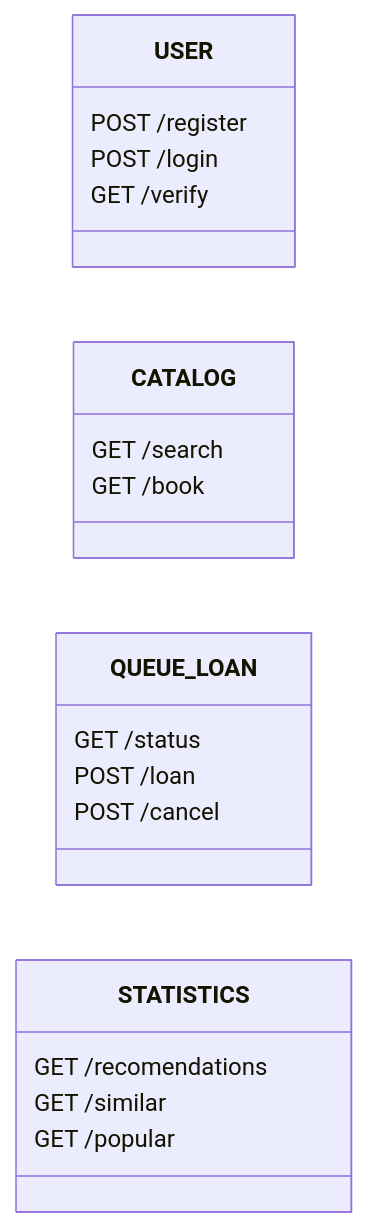
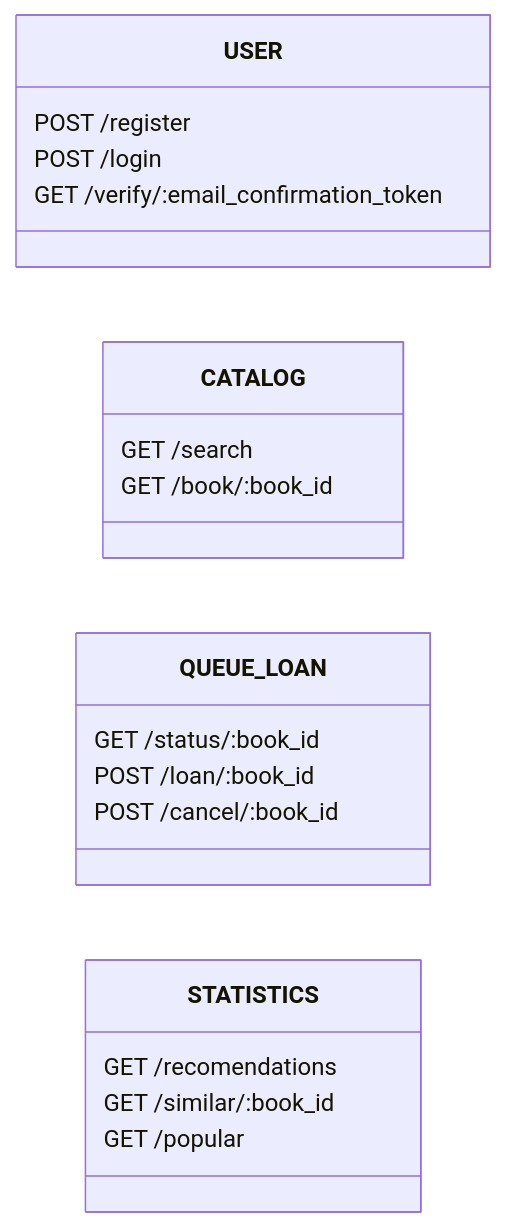
The second of 2 diagrams in README.md (Ki4EH/lib-service), drawn with Mermaid before and after one commit. The commit also changed other lines of this file, not shown here.

````diff
--- a/README.md
+++ b/README.md
@@ -69,29 +69,29 @@
 ```mermaid
 classDiagram
 direction LR
 class USER{
     POST /register
     POST /login
-    GET /verify
+    GET /verify/:email_confirmation_token
 }
 
 direction LR
 class CATALOG{
     GET /search
-    GET /book
+    GET /book/:book_id
 }
 
 direction LR
 class QUEUE_LOAN{
-    GET /status
-    POST /loan
-    POST /cancel
+    GET /status/:book_id
+    POST /loan/:book_id
+    POST /cancel/:book_id
 }
 
 direction LR
 class STATISTICS{
     GET /recomendations
-    GET /similar
+    GET /similar/:book_id
     GET /popular
 }
 ```
````
